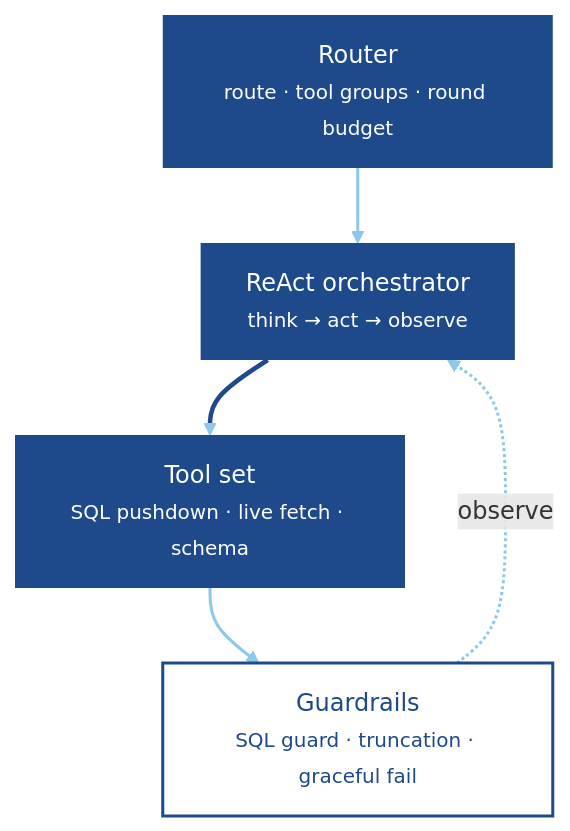
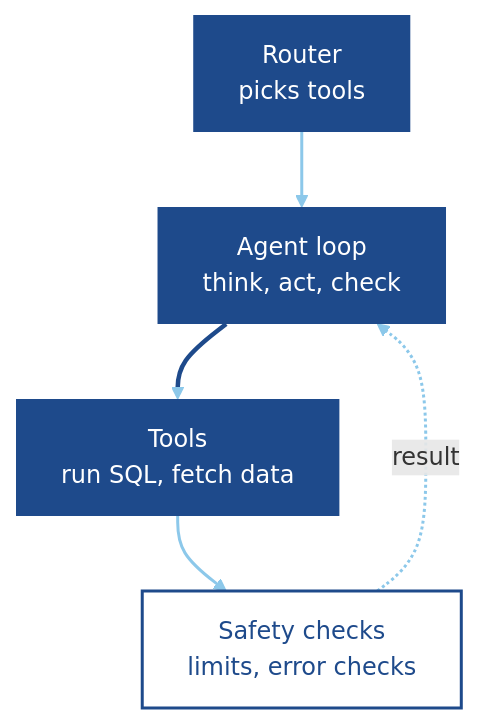
Before and after one commit to berataydemirr/albert-long-nodes-kkb-hackathon: the second of 3 diagrams in README.md, drawn with Mermaid. The commit also changed other lines of this file, not shown here.

First line of the commit message:
Fix diagram text overflow and simplify architecture section to plain English

````diff
--- a/README.md
+++ b/README.md
@@ -77,18 +77,18 @@
 ```mermaid
 graph TB
   classDef core  fill:#1e4a8b,stroke:#1e4a8b,stroke-width:0px,color:#ffffff
   classDef guard fill:#ffffff,stroke:#1e4a8b,stroke-width:2px,color:#1e4a8b
 
-  C1["Router<br/><small>route · tool groups · round budget</small>"]
-  C2["ReAct orchestrator<br/><small>think → act → observe</small>"]
-  C3["Tool set<br/><small>SQL pushdown · live fetch · schema</small>"]
-  C4["Guardrails<br/><small>SQL guard · truncation · graceful fail</small>"]
+  C1["Router<br/>picks tools"]
+  C2["Agent loop<br/>think, act, check"]
+  C3["Tools<br/>run SQL, fetch data"]
+  C4["Safety checks<br/>limits, error checks"]
 
   C1 --> C2 --> C3 --> C4
-  C4 -. observe .-> C2
+  C4 -. result .-> C2
 
   class C1,C2,C3 core
   class C4 guard
   linkStyle default stroke:#8cc8ea,stroke-width:2px
   linkStyle 1 stroke:#1e4a8b,stroke-width:3px
 ```
````
